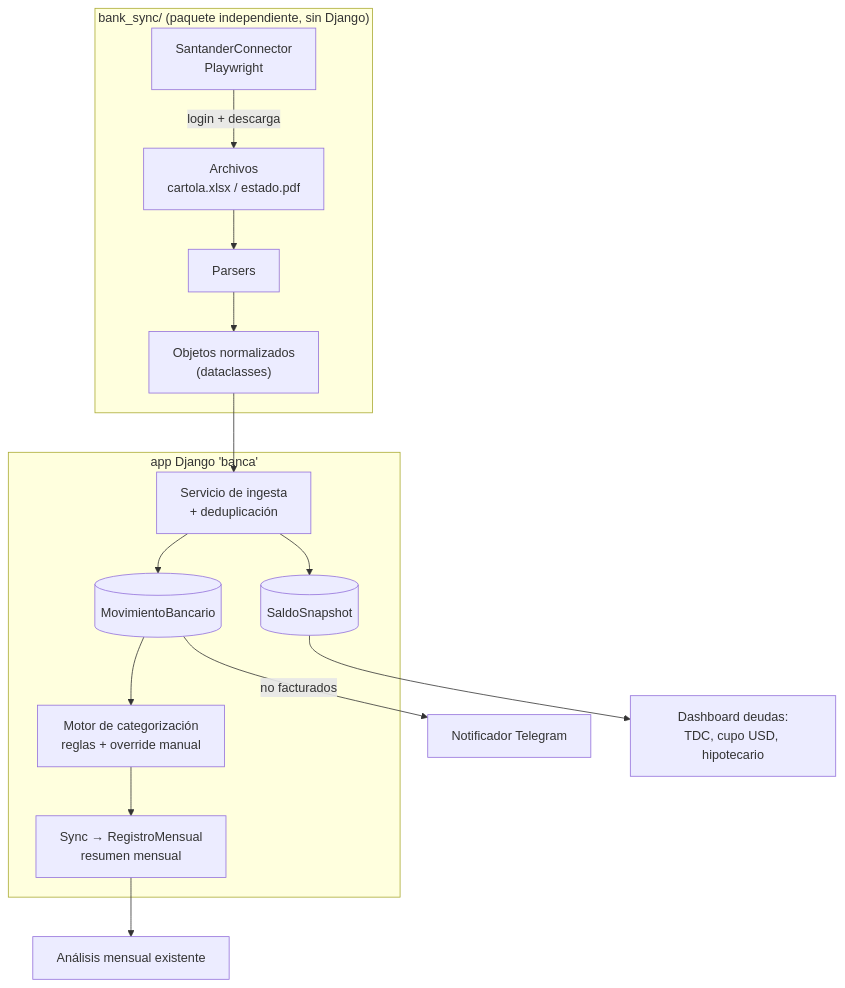
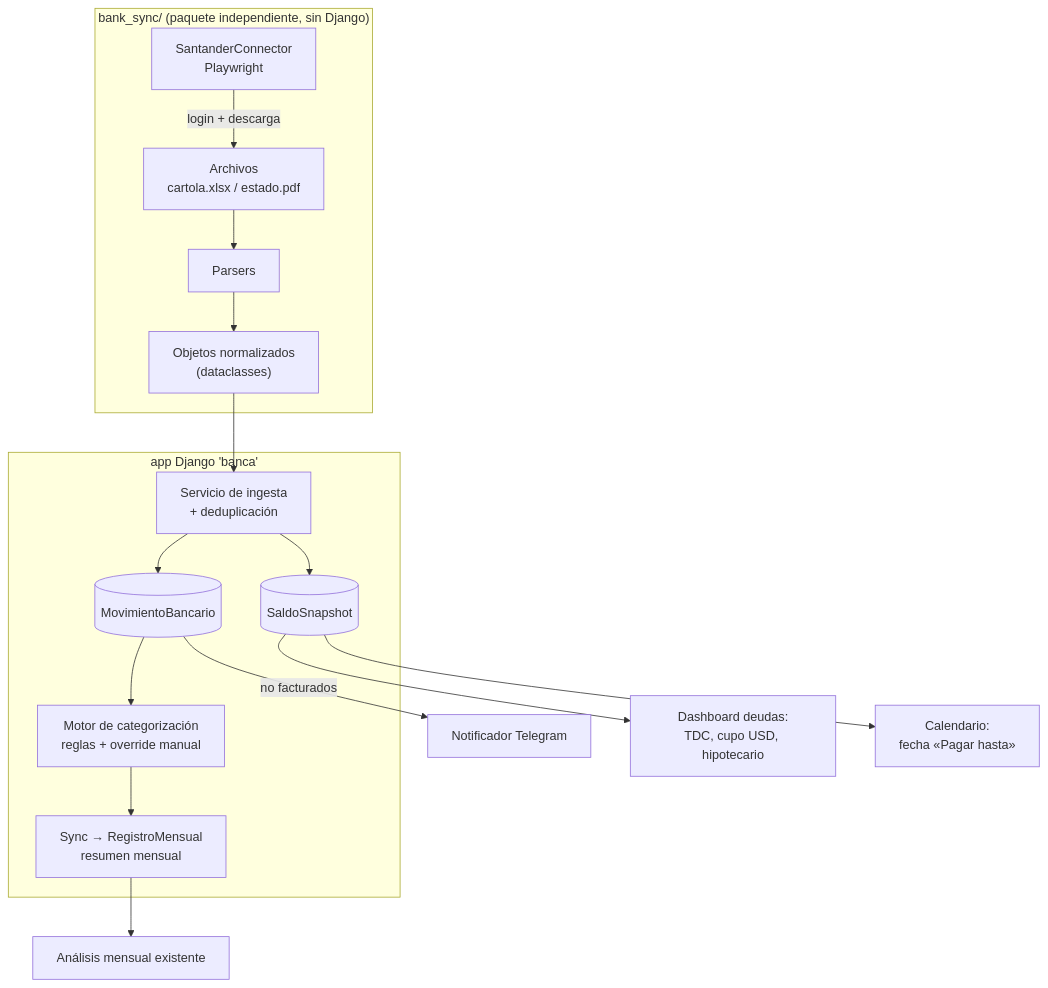
One commit to gusdrawn/personal_finance_ia changed the first of 5 diagrams in docs/ARQUITECTURA_INTEGRACION_BANCARIA.md. Above: the diagram before and after it, drawn with Mermaid. The commit also changed other lines of this file and 78 other files, not shown here.

````diff
--- a/docs/ARQUITECTURA_INTEGRACION_BANCARIA.md
+++ b/docs/ARQUITECTURA_INTEGRACION_BANCARIA.md
@@ -30,20 +30,21 @@
 ```mermaid
 flowchart TD
     subgraph EXT["bank_sync/  (paquete independiente, sin Django)"]
         A[SantanderConnector<br/>Playwright] -->|login + descarga| B[Archivos<br/>cartola.xlsx / estado.pdf]
         B --> C[Parsers]
         C --> D["Objetos normalizados<br/>(dataclasses)"]
     end
 
     subgraph DJ["app Django 'banca'"]
         D --> E[Servicio de ingesta<br/>+ deduplicación]
         E --> F[(MovimientoBancario)]
         E --> G[(SaldoSnapshot)]
         F --> H[Motor de categorización<br/>reglas + override manual]
         H --> I[Sync → RegistroMensual<br/>resumen mensual]
     end
 
     F -->|no facturados| J[Notificador Telegram]
     G --> K[Dashboard deudas:<br/>TDC, cupo USD, hipotecario]
-    I --> L[Análisis mensual existente]
+    G --> L[Calendario:<br/>fecha «Pagar hasta»]
+    I --> M[Análisis mensual existente]
 ```
````
